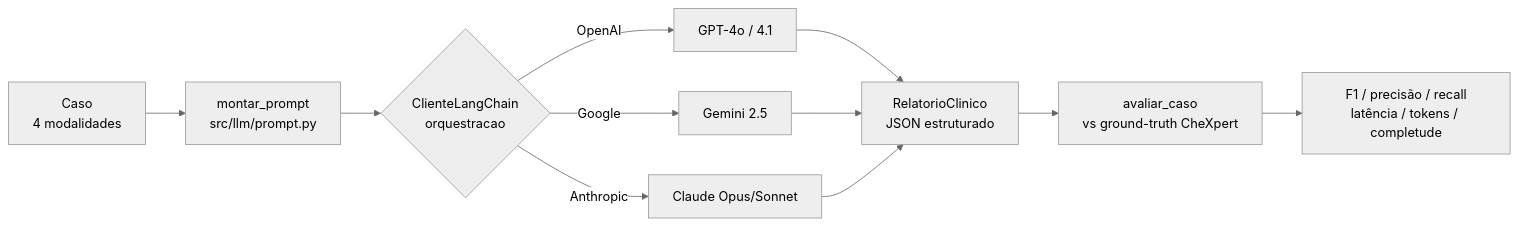
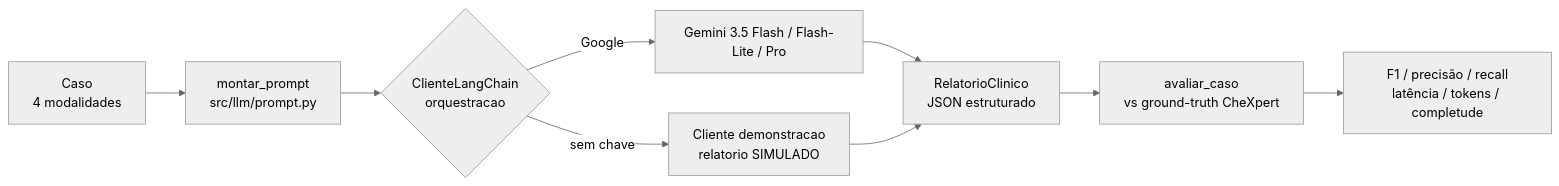
Before and after one commit to joaogaabriell/clinicalfusion-tecomp: the diagram in docs/06-benchmark-llm-multimodal.md, drawn with Mermaid (neutral theme). The commit also changed other lines of this file and 28 other files, not shown here.

````diff
--- a/docs/06-benchmark-llm-multimodal.md
+++ b/docs/06-benchmark-llm-multimodal.md
@@ -25,11 +28,10 @@
 ```mermaid
 flowchart LR
     A[Caso<br/>4 modalidades] --> B[montar_prompt<br/>src/llm/prompt.py]
     B --> C{ClienteLangChain<br/>orquestracao}
-    C -->|OpenAI| D[GPT-4o / 4.1]
-    C -->|Google| E[Gemini 2.5]
-    C -->|Anthropic| F[Claude Opus/Sonnet]
-    D & E & F --> G[RelatorioClinico<br/>JSON estruturado]
+    C -->|Google| E[Gemini 3.5 Flash / Flash-Lite / Pro]
+    C -->|sem chave| F[Cliente demonstracao<br/>relatorio SIMULADO]
+    E & F --> G[RelatorioClinico<br/>JSON estruturado]
     G --> H[avaliar_caso<br/>vs ground-truth CheXpert]
     H --> I[F1 / precisão / recall<br/>latência / tokens / completude]
 ```
````
